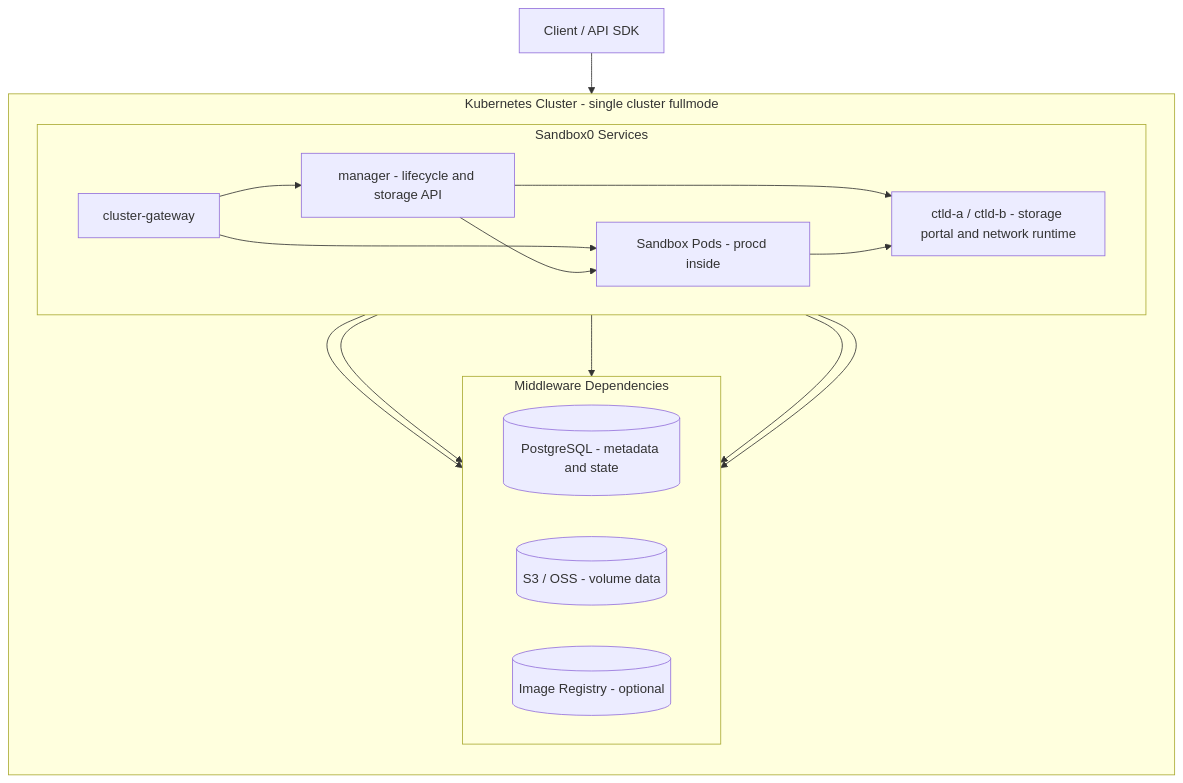
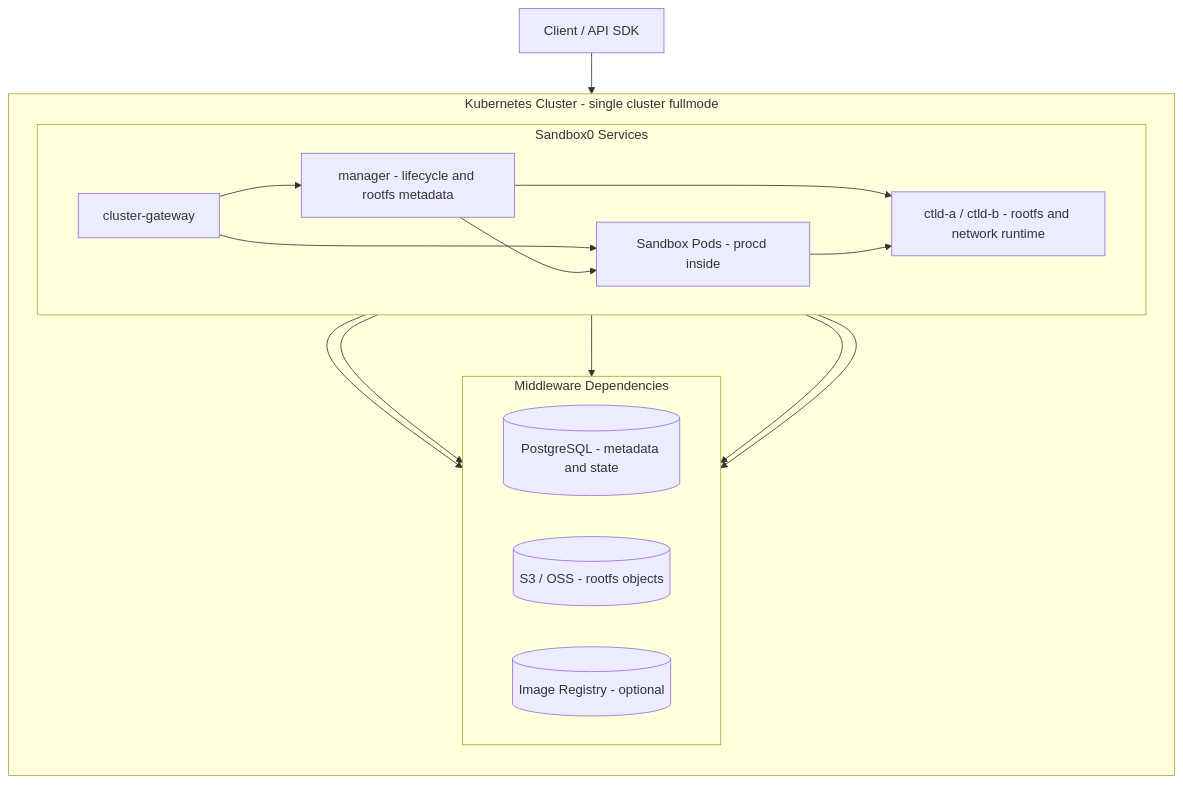
Before and after one commit to sandbox0-ai/sandbox0: the diagram in docs/self-hosted/page.mdx, drawn with Mermaid. The commit also changed other lines of this file and 398 other files, not shown here.

````diff
--- a/docs/self-hosted/page.mdx
+++ b/docs/self-hosted/page.mdx
@@ -30,30 +30,30 @@
 ```mermaid
 flowchart TD
     client[Client / API SDK] --> igw[cluster-gateway]
 
     subgraph cluster[Kubernetes Cluster - single cluster fullmode]
         direction TB
 
         subgraph s0[Sandbox0 Services]
             direction LR
-            igw --> mgr[manager - lifecycle and storage API]
+            igw --> mgr[manager - lifecycle and rootfs metadata]
             igw --> pods[Sandbox Pods - procd inside]
             mgr --> pods
-            mgr --> ctld[ctld-a / ctld-b - storage portal and network runtime]
+            mgr --> ctld[ctld-a / ctld-b - rootfs and network runtime]
             pods --> ctld
         end
 
         subgraph mw[Middleware Dependencies]
             direction LR
             pg[(PostgreSQL - metadata and state)]
-            s3[(S3 / OSS - volume data)]
+            s3[(S3 / OSS - rootfs objects)]
             reg[(Image Registry - optional)]
         end
 
         igw --> pg
         mgr --> pg
         mgr --> s3
         ctld --> s3
         mgr --> reg
     end
 ```
````
